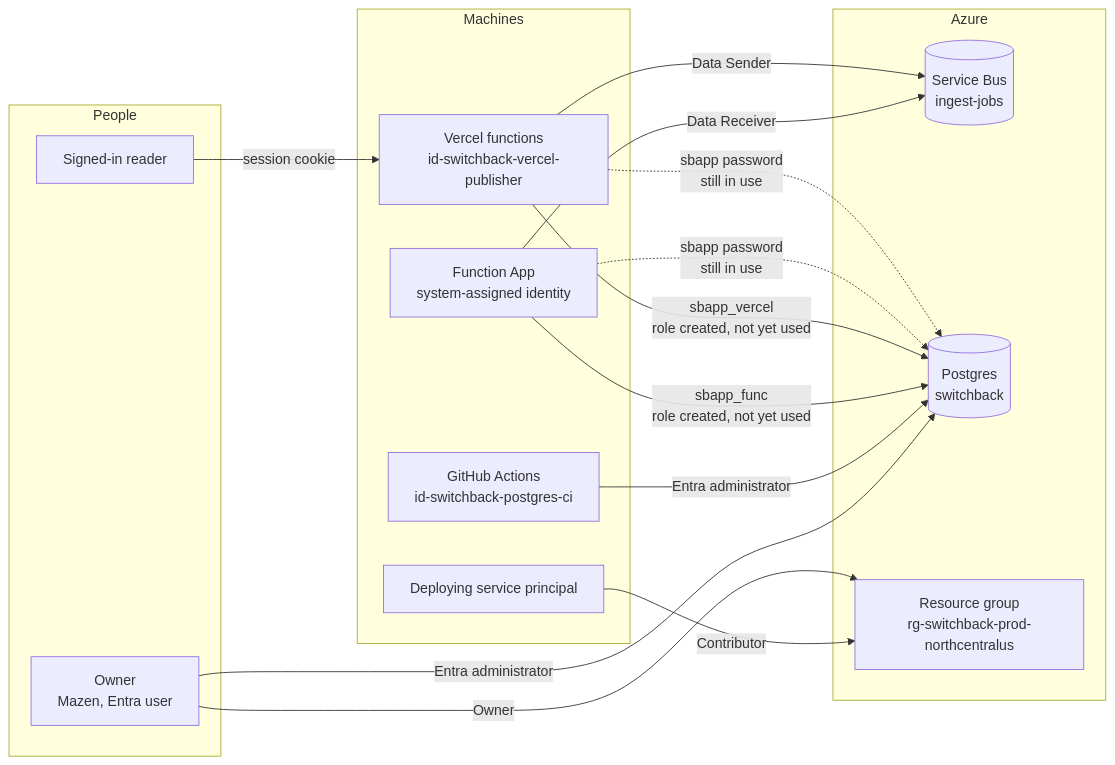
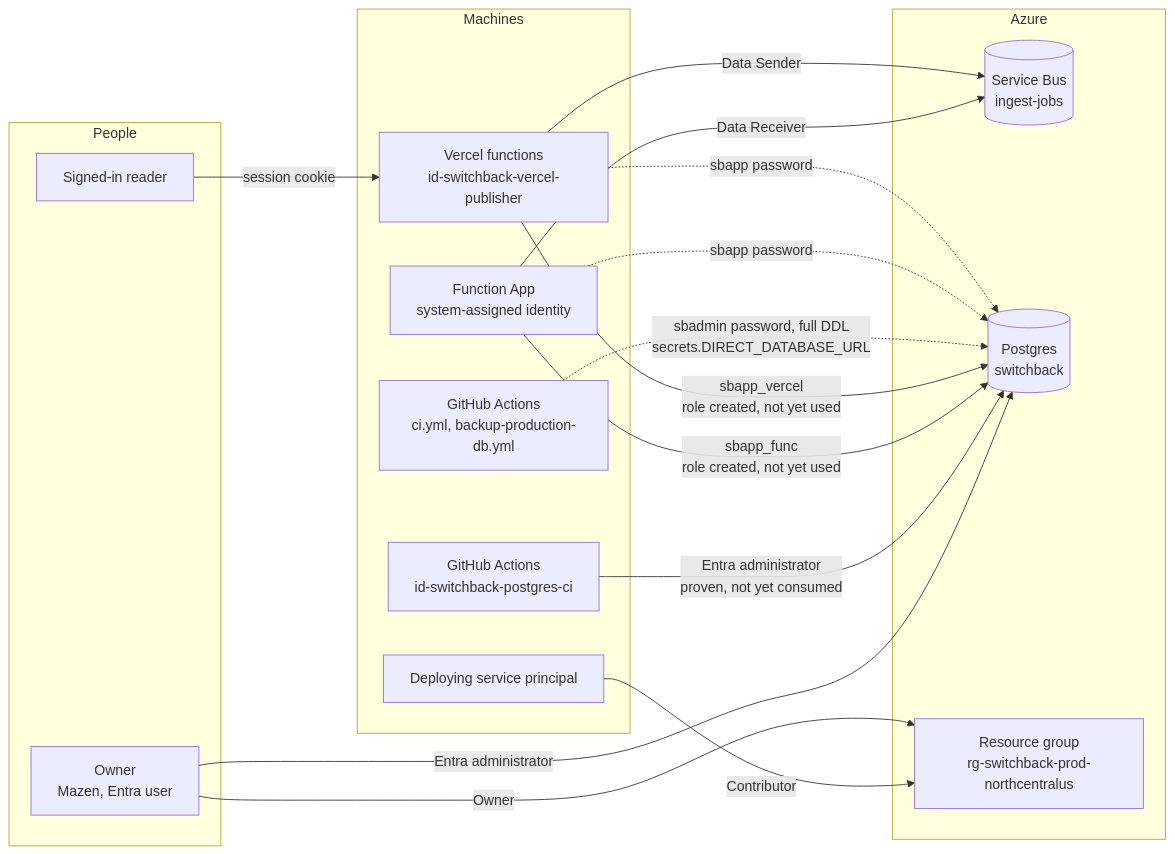
One commit to mbahgatTech/switchback changed the seventh of 10 diagrams in docs/architecture.md. Above: the diagram before and after it, drawn with Mermaid. The commit also changed other lines of this file and 4 other files, not shown here.

````diff
--- a/docs/architecture.md
+++ b/docs/architecture.md
@@ -214,30 +216,32 @@
 ```mermaid
 graph LR
   subgraph People
     OWNER[Owner<br/>Mazen, Entra user]
     READER[Signed-in reader]
   end
   subgraph Machines
     VERCEL[Vercel functions<br/>id-switchback-vercel-publisher]
     FUNC[Function App<br/>system-assigned identity]
+    GHA[GitHub Actions<br/>ci.yml, backup-production-db.yml]
     CI[GitHub Actions<br/>id-switchback-postgres-ci]
     SP[Deploying service principal]
   end
   subgraph Azure
     SB[(Service Bus<br/>ingest-jobs)]
     PG[(Postgres<br/>switchback)]
     RG[Resource group<br/>rg-switchback-prod-northcentralus]
   end
 
   VERCEL -->|Data Sender| SB
   FUNC -->|Data Receiver| SB
-  VERCEL -.->|sbapp password<br/>still in use| PG
-  FUNC -.->|sbapp password<br/>still in use| PG
+  VERCEL -.->|sbapp password| PG
+  FUNC -.->|sbapp password| PG
+  GHA -.->|sbadmin password, full DDL<br/>secrets.DIRECT_DATABASE_URL| PG
   VERCEL -->|sbapp_vercel<br/>role created, not yet used| PG
   FUNC -->|sbapp_func<br/>role created, not yet used| PG
-  CI -->|Entra administrator| PG
+  CI -->|Entra administrator<br/>proven, not yet consumed| PG
   OWNER -->|Entra administrator| PG
   OWNER -->|Owner| RG
   SP -->|Contributor| RG
   READER -->|session cookie| VERCEL
 ```
````
